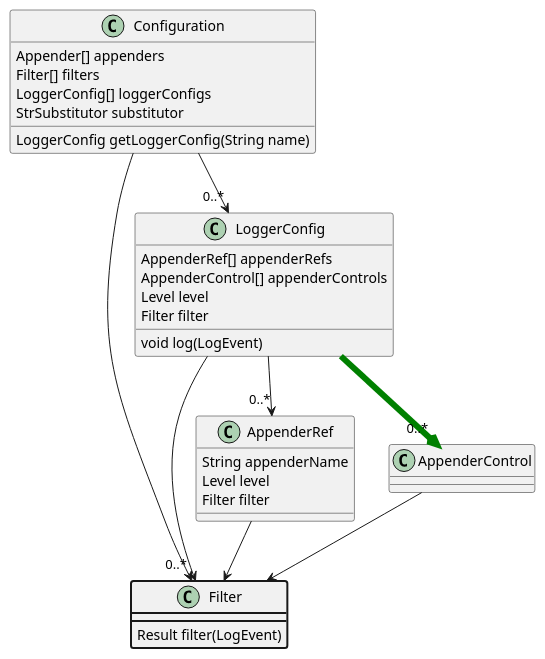
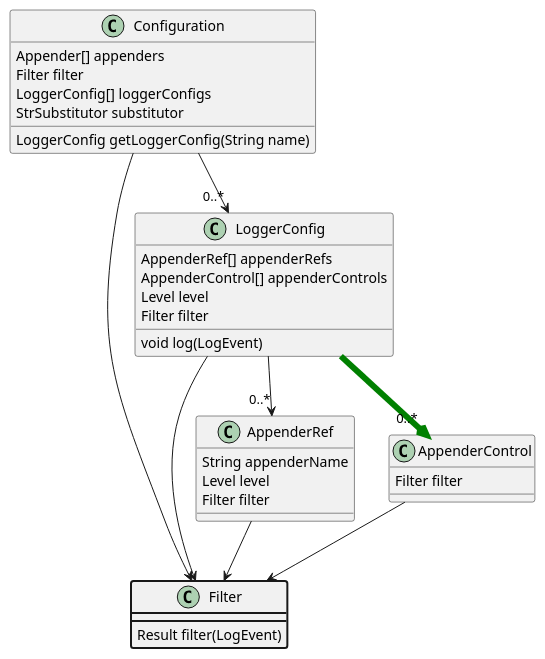
One commit to apache/logging-log4j2 changed the eighth of 12 diagrams in src/site/antora/modules/ROOT/pages/manual/architecture.adoc. Above: the diagram before and after it, drawn with PlantUML. The commit also changed other lines of this file and 1 other file, not shown here.

```diff
--- a/src/site/antora/modules/ROOT/pages/manual/architecture.adoc
+++ b/src/site/antora/modules/ROOT/pages/manual/architecture.adoc
@@ -538,46 +538,50 @@
 [plantuml]
 ....
 @startuml
 
 class Configuration {
   Appender[] appenders
-  Filter[] filters
+  Filter filter
   LoggerConfig[] loggerConfigs
   LoggerConfig getLoggerConfig(String name)
   StrSubstitutor substitutor
 }
 
-Configuration --> "0..*" Filter
+Configuration --> Filter
 
 Configuration --> "0..*" LoggerConfig
 
 class Filter #line.bold {
   Result filter(LogEvent)
 }
 
 class LoggerConfig {
   AppenderRef[] appenderRefs
   AppenderControl[] appenderControls
   Level level
   Filter filter
   void log(LogEvent)
 }
 
 LoggerConfig --> "0..*" AppenderRef
 
 LoggerConfig -[#green,thickness=6]-> "0..*" AppenderControl
 
 LoggerConfig --> Filter
 
 class AppenderRef {
   String appenderName
   Level level
   Filter filter
 }
 
+class AppenderControl {
+  Filter filter
+}
+
 AppenderRef --> Filter
 
 AppenderControl --> Filter
 
 @enduml
 ....
```
